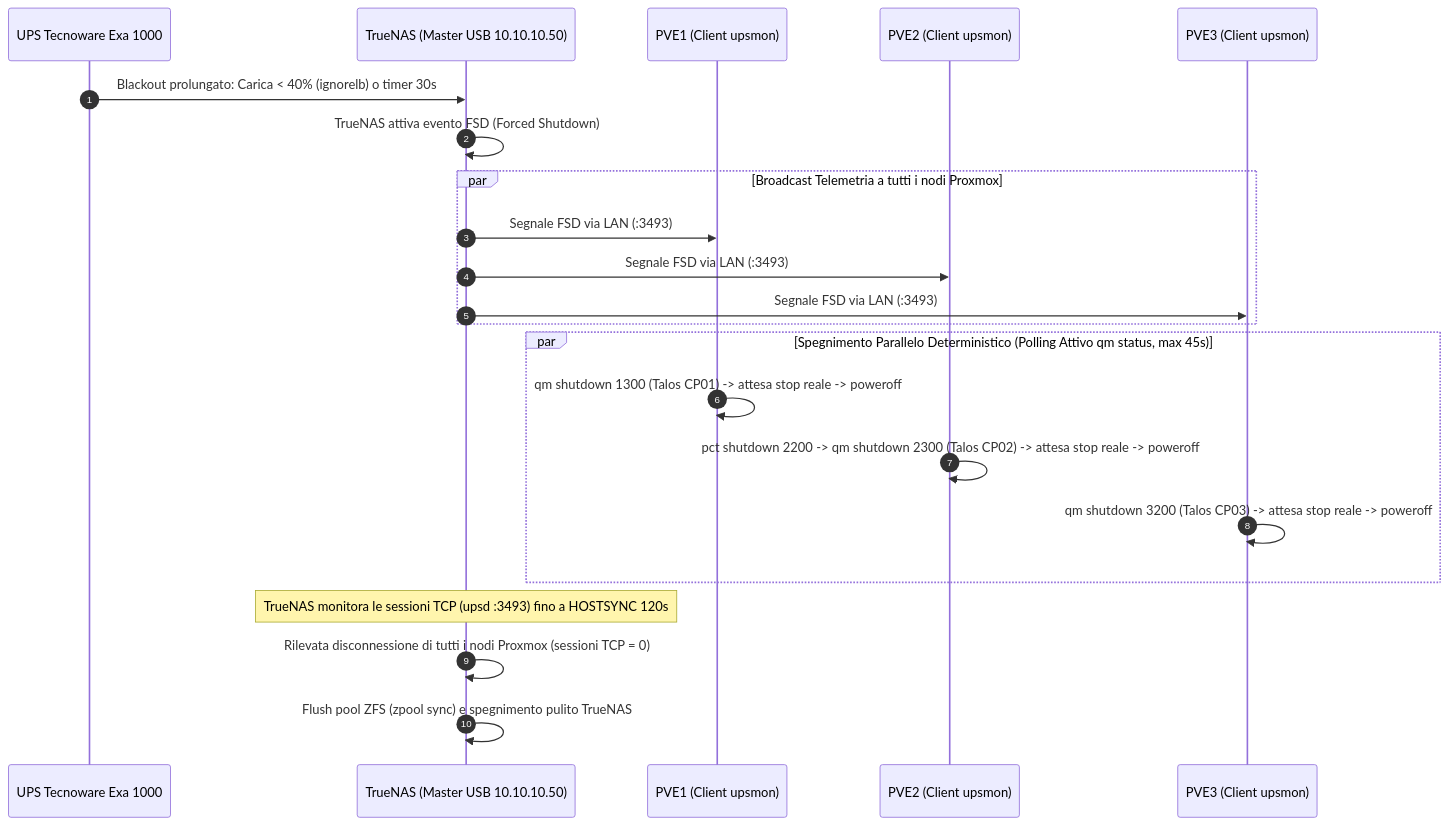
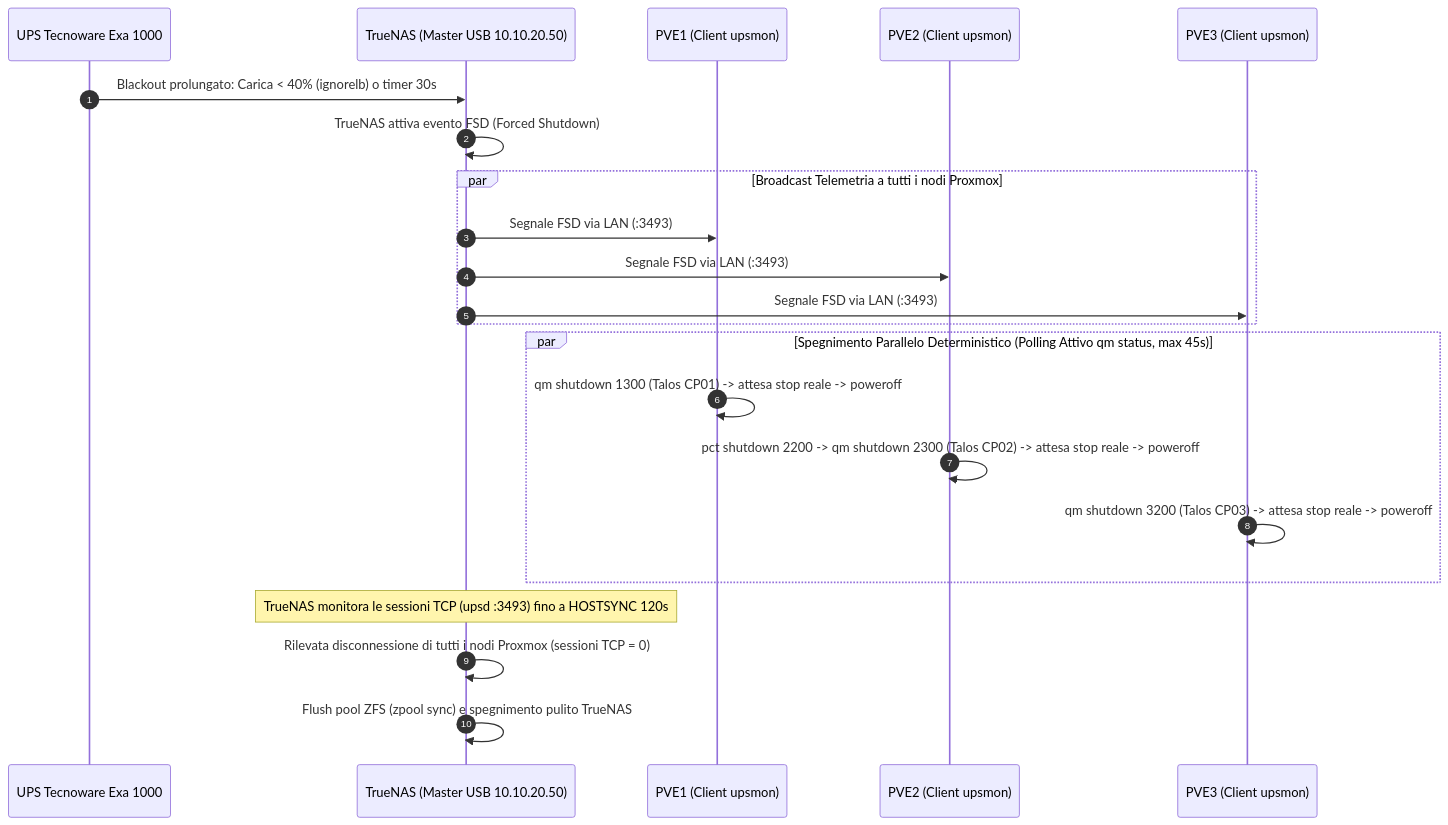
The diagram in wiki/entities/NUT_UPS.md (pindaroli/k8s-lab), drawn with Mermaid before and after one commit. The commit also changed other lines of this file and 67 other files, not shown here.

First line of the commit message:
Point live TrueNAS consumers at 10.10.20.50.

````diff
--- a/wiki/entities/NUT_UPS.md
+++ b/wiki/entities/NUT_UPS.md
@@ -28,25 +28,25 @@
 ```mermaid
 sequenceDiagram
     autonumber
     participant UPS as UPS Tecnoware Exa 1000
-    participant TN as TrueNAS (Master USB 10.10.10.50)
+    participant TN as TrueNAS (Master USB 10.10.20.50)
     participant PVE1 as PVE1 (Client upsmon)
     participant PVE2 as PVE2 (Client upsmon)
     participant PVE3 as PVE3 (Client upsmon)
 
     UPS->>TN: Blackout prolungato: Carica < 40% (ignorelb) o timer 30s
     TN->>TN: TrueNAS attiva evento FSD (Forced Shutdown)
     par Broadcast Telemetria a tutti i nodi Proxmox
         TN->>PVE1: Segnale FSD via LAN (:3493)
         TN->>PVE2: Segnale FSD via LAN (:3493)
         TN->>PVE3: Segnale FSD via LAN (:3493)
     end
     par Spegnimento Parallelo Deterministico (Polling Attivo qm status, max 45s)
         PVE1->>PVE1: qm shutdown 1300 (Talos CP01) -> attesa stop reale -> poweroff
         PVE2->>PVE2: pct shutdown 2200 -> qm shutdown 2300 (Talos CP02) -> attesa stop reale -> poweroff
         PVE3->>PVE3: qm shutdown 3200 (Talos CP03) -> attesa stop reale -> poweroff
     end
     Note over TN: TrueNAS monitora le sessioni TCP (upsd :3493) fino a HOSTSYNC 120s
     TN->>TN: Rilevata disconnessione di tutti i nodi Proxmox (sessioni TCP = 0)
     TN->>TN: Flush pool ZFS (zpool sync) e spegnimento pulito TrueNAS
 ```
````
